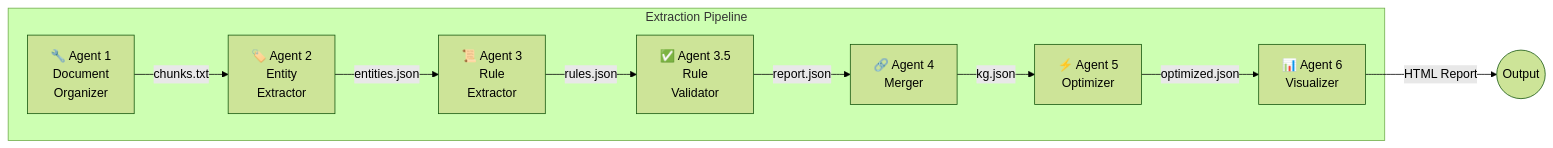
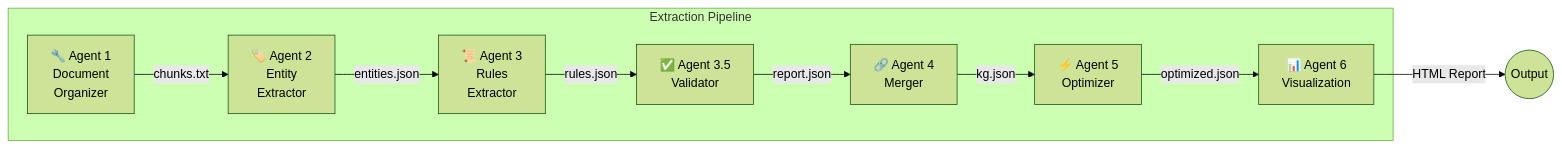
The third of 14 diagrams in apps/pipeline/docs/ARCHITECTURE.md (rrahimi-uci/policy-to-knowledge), drawn with Mermaid (forest theme) before and after one commit. The commit also changed other lines of this file and 24 other files, not shown here.

````diff
--- a/apps/pipeline/docs/ARCHITECTURE.md
+++ b/apps/pipeline/docs/ARCHITECTURE.md
@@ -92,20 +108,20 @@
 ```mermaid
 flowchart LR
     subgraph Extraction["Extraction Pipeline"]
         A1[🔧 Agent 1<br/>Document<br/>Organizer]
         A2[🏷️ Agent 2<br/>Entity<br/>Extractor]
-        A3[📜 Agent 3<br/>Rule<br/>Extractor]
-        A35[✅ Agent 3.5<br/>Rule<br/>Validator]
+        A3[📜 Agent 3<br/>Rules<br/>Extractor]
+        A35[✅ Agent 3.5<br/>Validator]
         A4[🔗 Agent 4<br/>Merger]
         A5[⚡ Agent 5<br/>Optimizer]
-        A6[📊 Agent 6<br/>Visualizer]
+        A6[📊 Agent 6<br/>Visualization]
     end
 
     A1 -->|chunks.txt| A2
     A2 -->|entities.json| A3
     A3 -->|rules.json| A35
     A35 -->|report.json| A4
     A4 -->|kg.json| A5
     A5 -->|optimized.json| A6
     A6 -->|HTML Report| OUT((Output))
 ```
````
